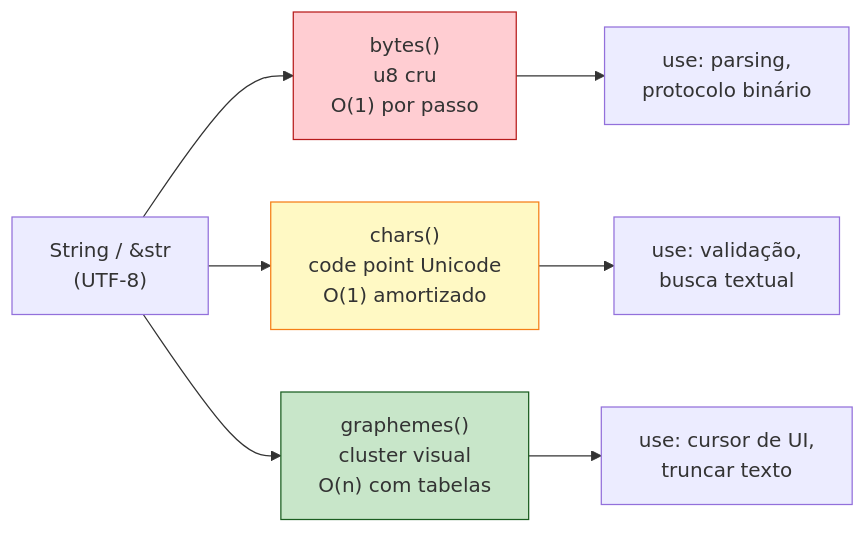
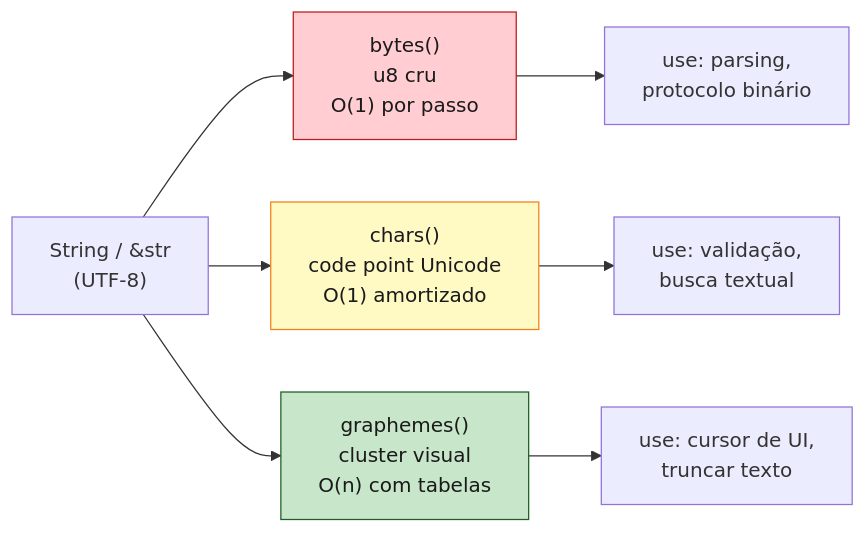
The second of 2 diagrams in book/part-02-foundations/ch07-strings.md (Felipeness/ferro-e-espirito), drawn with Mermaid before and after one commit. The commit also changed other lines of this file and 56 other files, not shown here.

First line of the commit message:
fix: contraste de texto em diagramas mermaid

````diff
--- a/book/part-02-foundations/ch07-strings.md
+++ b/book/part-02-foundations/ch07-strings.md
@@ -322,15 +322,15 @@
 ```mermaid
 graph LR
     String["String / &str<br/>(UTF-8)"]
     String --> Bytes["bytes()<br/>u8 cru<br/>O(1) por passo"]
     String --> Chars["chars()<br/>code point Unicode<br/>O(1) amortizado"]
     String --> Graphemes["graphemes()<br/>cluster visual<br/>O(n) com tabelas"]
 
     Bytes --> Use1["use: parsing,<br/>protocolo binário"]
     Chars --> Use2["use: validação,<br/>busca textual"]
     Graphemes --> Use3["use: cursor de UI,<br/>truncar texto"]
 
-    style Bytes fill:#ffcdd2,stroke:#b71c1c
-    style Chars fill:#fff9c4,stroke:#f57f17
-    style Graphemes fill:#c8e6c9,stroke:#1b5e20
+    style Bytes fill:#ffcdd2,stroke:#b71c1c,color:#1a1a1a
+    style Chars fill:#fff9c4,stroke:#f57f17,color:#1a1a1a
+    style Graphemes fill:#c8e6c9,stroke:#1b5e20,color:#1a1a1a
 ```
````
